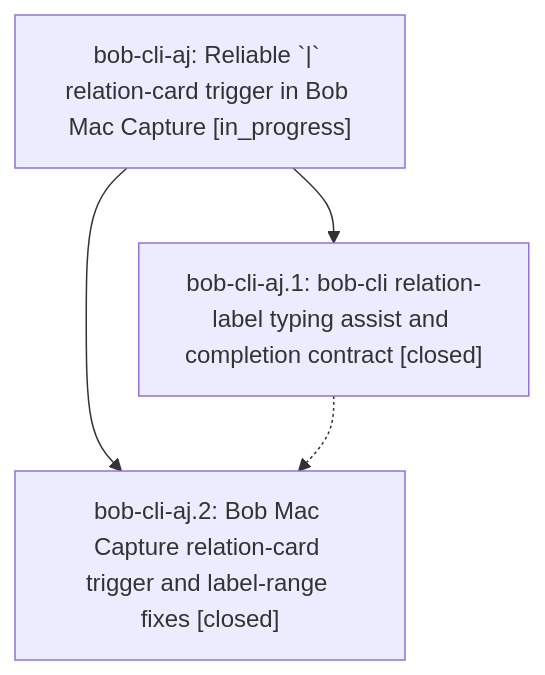
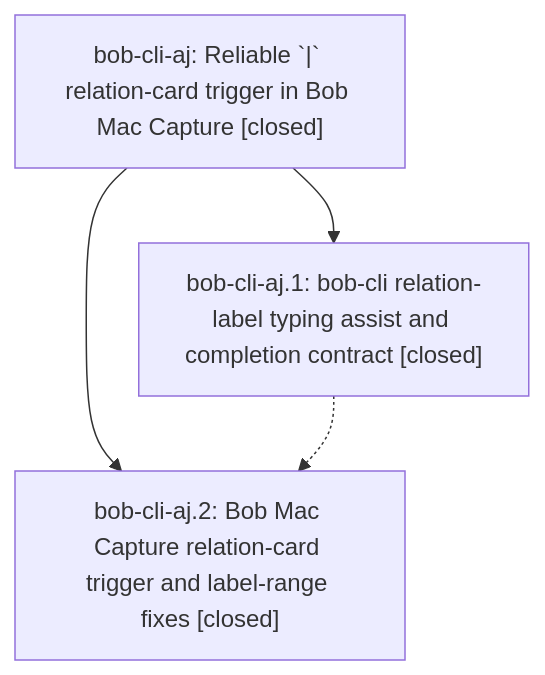
One commit to bobs-org/bob-cli--beads changed the diagram in pages/bob-cli-aj/README.md. Above: the diagram before and after it, drawn with Mermaid. The commit also changed other lines of this file and 1 other file, not shown here.

First line of the commit message:
chore(beads): sync bead state and pages for bob-cli-aj

````diff
--- a/pages/bob-cli-aj/README.md
+++ b/pages/bob-cli-aj/README.md
@@ -41,9 +49,9 @@
 ```mermaid
 flowchart TD
-    n0["bob-cli-aj: Reliable `|` relation-card trigger in Bob Mac Capture [in_progress]"]
+    n0["bob-cli-aj: Reliable `|` relation-card trigger in Bob Mac Capture [closed]"]
     n1["bob-cli-aj.1: bob-cli relation-label typing assist and completion contract [closed]"]
     n2["bob-cli-aj.2: Bob Mac Capture relation-card trigger and label-range fixes [closed]"]
     n0 --> n1
     n0 --> n2
     n1 -.-> n2
 ```
````
